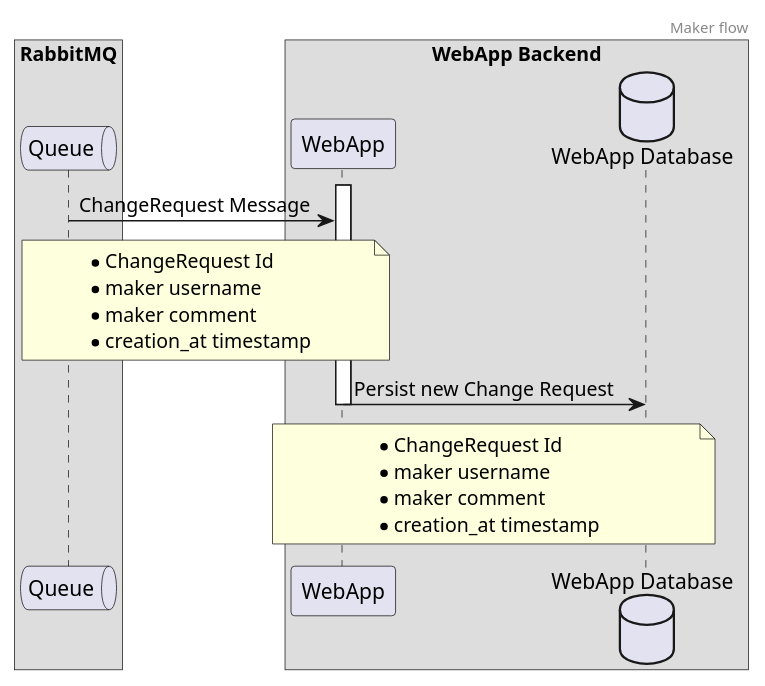
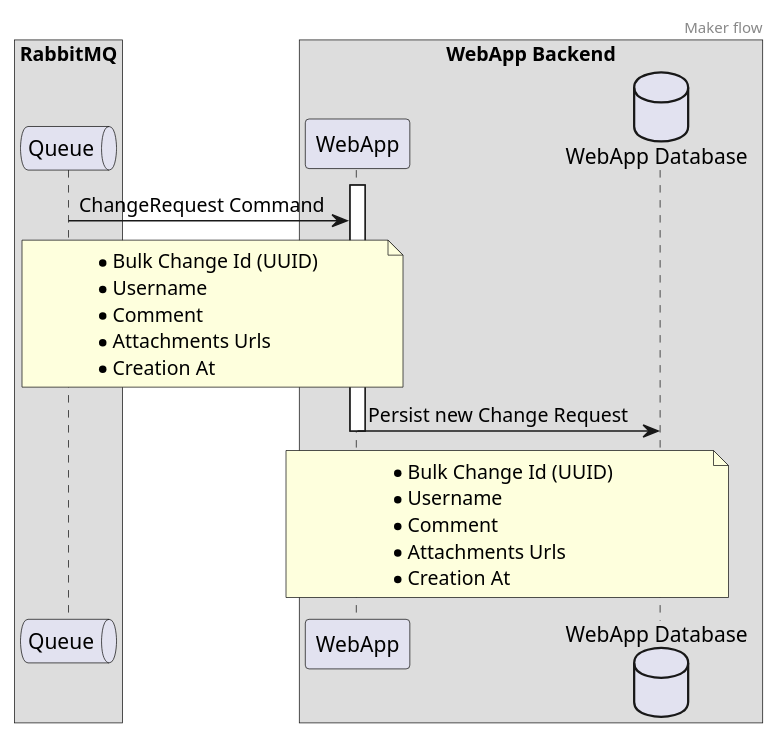
The diagram in modules/webapp/sens-webapp-documentation/src/docs/asciidoc/adrs/diagrams/handling-change-request-message.puml (ngraczykowski/iris-root), drawn with PlantUML before and after one commit. The commit also changed 6 other files, not shown here.

```diff
--- a/modules/webapp/sens-webapp-documentation/src/docs/asciidoc/adrs/diagrams/handling-change-request-message.puml
+++ b/modules/webapp/sens-webapp-documentation/src/docs/asciidoc/adrs/diagrams/handling-change-request-message.puml
@@ -1,33 +1,35 @@
 @startuml
 header Maker flow
 
 box "RabbitMQ"
     queue Queue order 10
 end box
 
 box "WebApp Backend"
     participant Backend as "WebApp" order 20
     database WebAppDB as "WebApp Database" order 30
 end box
 
 activate Backend
 
-Queue -> Backend : ChangeRequest Message
+Queue -> Backend : ChangeRequest Command
     note over Queue, Backend
-        * ChangeRequest Id
-        * maker username
-        * maker comment
-        * creation_at timestamp
+        * Bulk Change Id (UUID)
+        * Username
+        * Comment
+        * Attachments Urls
+        * Creation At
     end note
 
 Backend -> WebAppDB : Persist new Change Request
     note over Backend, WebAppDB
-        * ChangeRequest Id
-        * maker username
-        * maker comment
-        * creation_at timestamp
+        * Bulk Change Id (UUID)
+        * Username
+        * Comment
+        * Attachments Urls
+        * Creation At
     end note
 
 deactivate Backend
 
 @enduml
```
